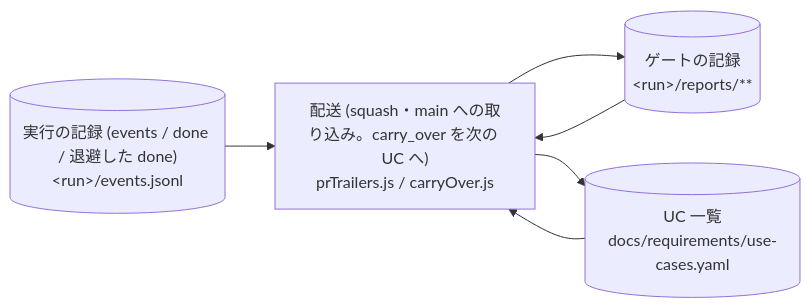
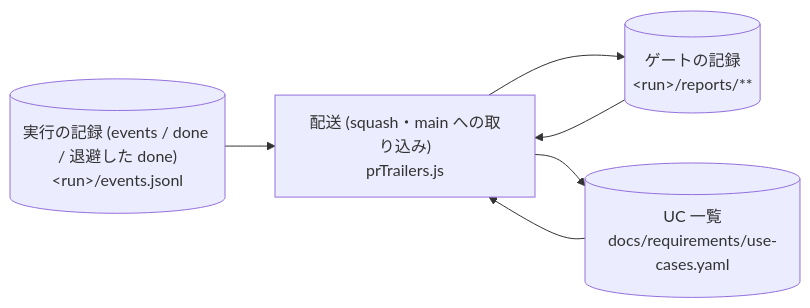
One commit to suwa-sh/suwa-sh-claude-plugins changed diagram 47 of 48 in plugins/distillery2/skills/d2-common/references/dataflow.md. Above: the diagram before and after it, drawn with Mermaid. The commit also changed other lines of this file and 31 other files, not shown here.

````diff
--- a/plugins/distillery2/skills/d2-common/references/dataflow.md
+++ b/plugins/distillery2/skills/d2-common/references/dataflow.md
@@ -1103,12 +1127,12 @@
 ```mermaid
 flowchart LR
-  p_run_uc_deliver["配送 (squash・main への取り込み。carry_over を次の UC へ)<br/>prTrailers.js / carryOver.js"]
+  p_run_uc_deliver["配送 (squash・main への取り込み)<br/>prTrailers.js"]
   s_use_cases[("UC 一覧<br/>docs/requirements/use-cases.yaml")]
   s_reports[("ゲートの記録<br/>#lt;run#gt;/reports/**")]
   s_run_events[("実行の記録 (events / done / 退避した done)<br/>#lt;run#gt;/events.jsonl")]
   s_use_cases --> p_run_uc_deliver
   s_reports --> p_run_uc_deliver
   s_run_events --> p_run_uc_deliver
   p_run_uc_deliver --> s_reports
   p_run_uc_deliver --> s_use_cases
 ```
````
